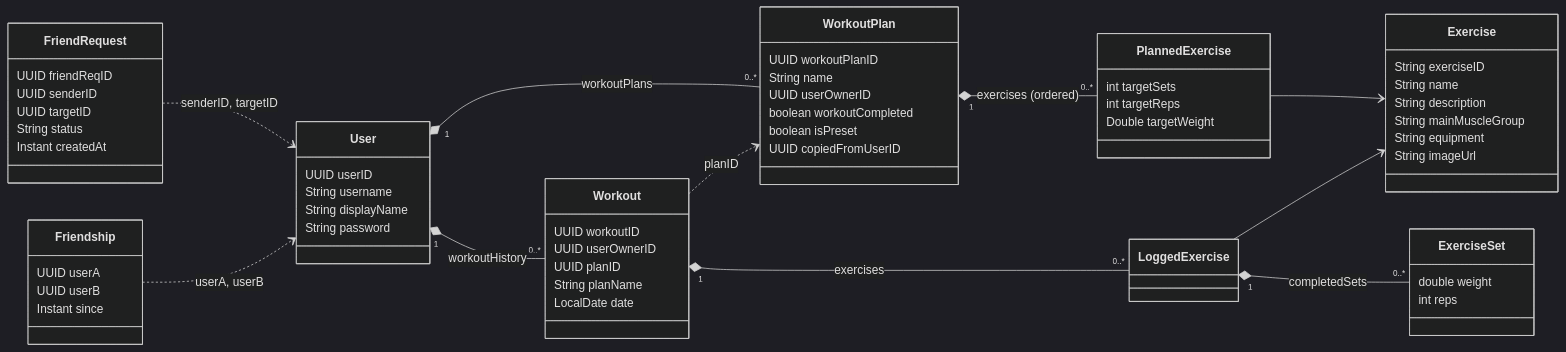
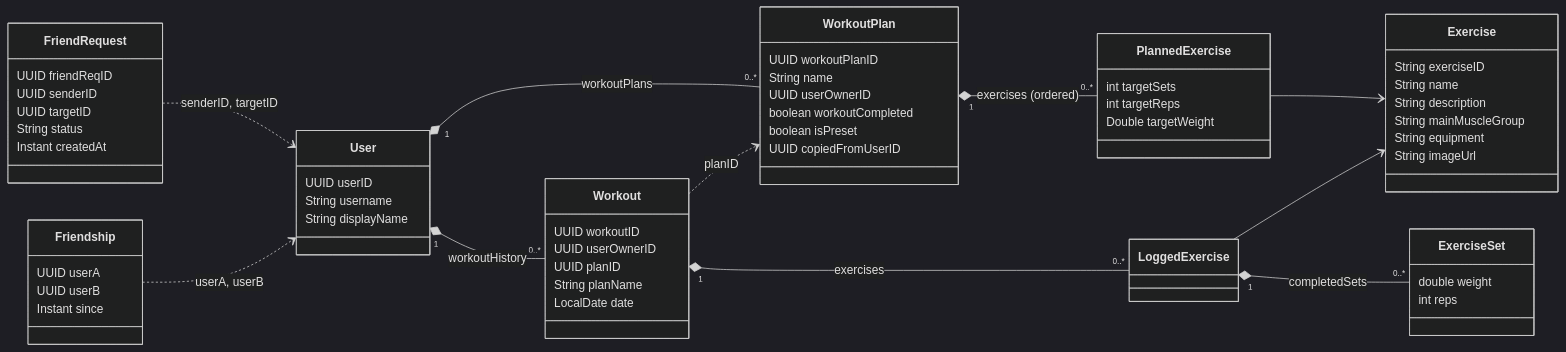
Before and after one commit to CSC207-2025F-UofT/team-project: the diagram in docs/entity-diagram.md, drawn with Mermaid (dark theme). The commit also changed 69 other files, not shown here.

````diff
--- a/docs/entity-diagram.md
+++ b/docs/entity-diagram.md
@@ -3,69 +3,68 @@
 ```mermaid
 classDiagram
     direction LR
 
     class User {
         UUID userID
         String username
         String displayName
-        String password
     }
     class WorkoutPlan {
         UUID workoutPlanID
         String name
         UUID userOwnerID
         boolean workoutCompleted
         boolean isPreset
         UUID copiedFromUserID
     }
     class PlannedExercise {
         int targetSets
         int targetReps
         Double targetWeight
     }
     class Exercise {
         String exerciseID
         String name
         String description
         String mainMuscleGroup
         String equipment
         String imageUrl
     }
     class Workout {
         UUID workoutID
         UUID userOwnerID
         UUID planID
         String planName
         LocalDate date
     }
     class LoggedExercise
     class ExerciseSet {
         double weight
         int reps
     }
     class FriendRequest {
         UUID friendReqID
         UUID senderID
         UUID targetID
         String status
         Instant createdAt
     }
     class Friendship {
         UUID userA
         UUID userB
         Instant since
     }
 
     User "1" *-- "0..*" WorkoutPlan : workoutPlans
     User "1" *-- "0..*" Workout : workoutHistory
     WorkoutPlan "1" *-- "0..*" PlannedExercise : exercises (ordered)
     PlannedExercise --> Exercise
     Workout "1" *-- "0..*" LoggedExercise : exercises
     LoggedExercise --> Exercise
     LoggedExercise "1" *-- "0..*" ExerciseSet : completedSets
 
     %% ID-only references (no object link)
     Workout ..> WorkoutPlan : planID
     FriendRequest ..> User : senderID, targetID
     Friendship ..> User : userA, userB
 ```
````
